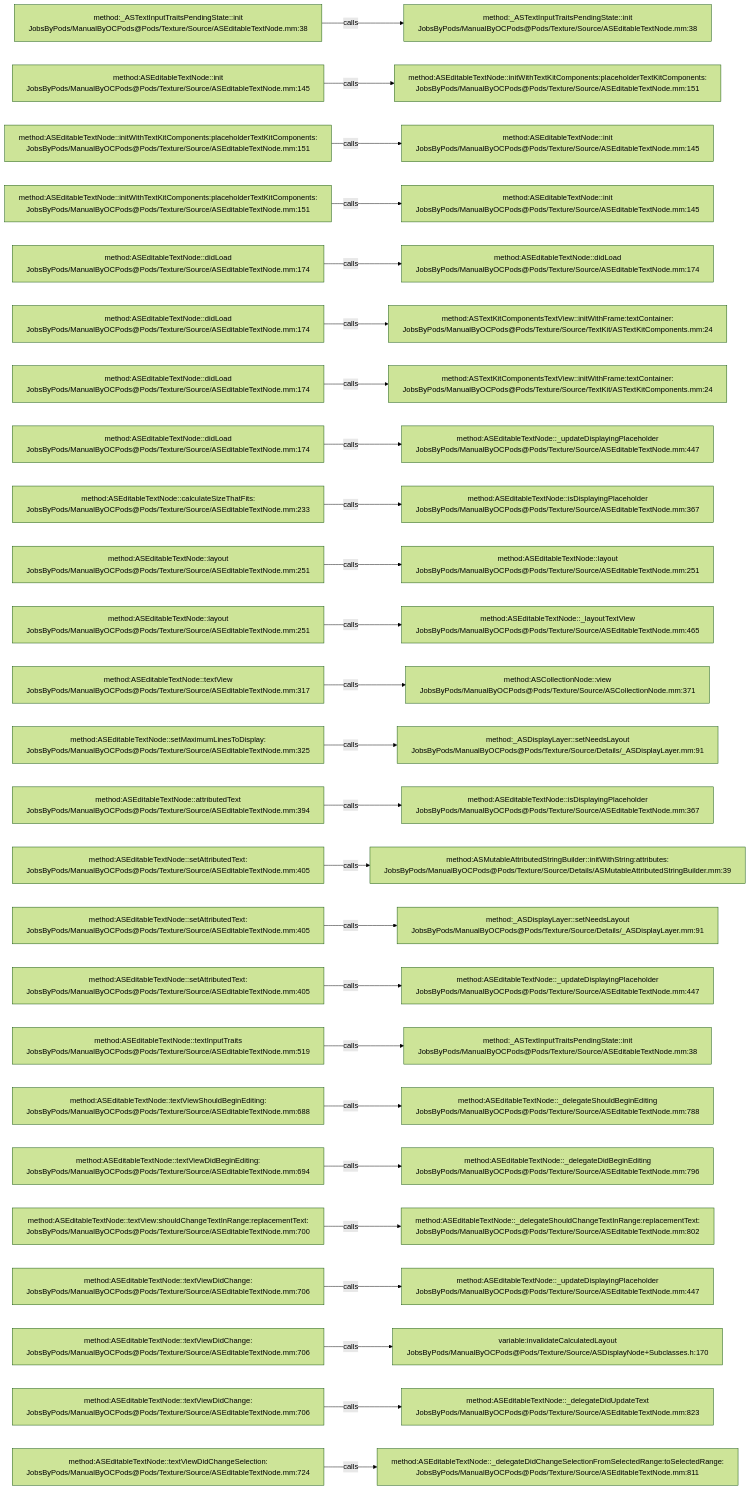
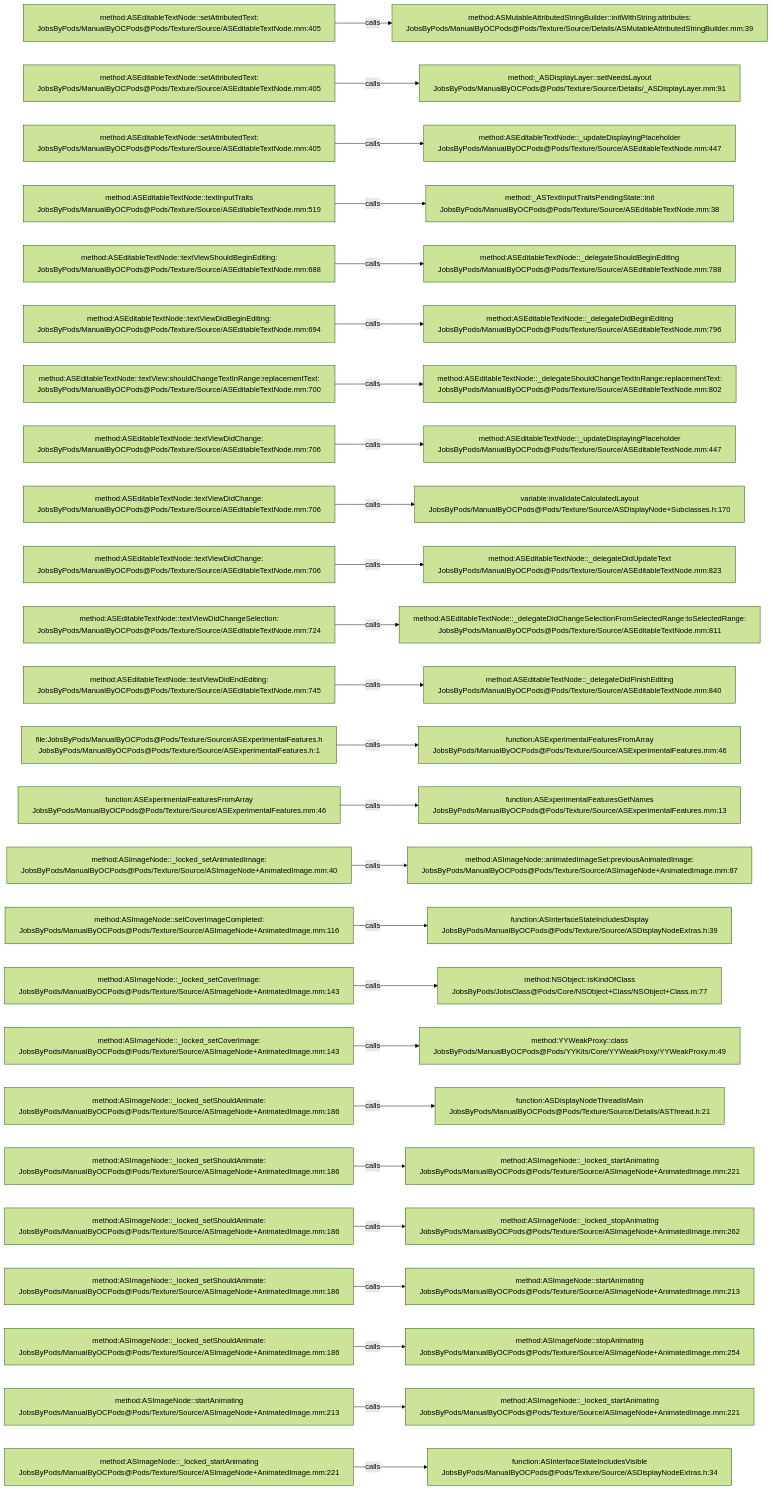
Before and after one commit to JobsKits/JobsOCBaseConfigDemo: the diagram in .codegraph/codegraph.md/graphs/calls-109.md, drawn with Mermaid (forest theme). The commit also changed 296 other files, not shown here.

````diff
--- a/.codegraph/codegraph.md/graphs/calls-109.md
+++ b/.codegraph/codegraph.md/graphs/calls-109.md
@@ -13,78 +13,78 @@
 ```mermaid
 flowchart LR
-  S1["method:_ASTextInputTraitsPendingState::init<br/>JobsByPods/ManualByOCPods@Pods/Texture/Source/ASEditableTextNode.mm:38"]
-  T1["method:_ASTextInputTraitsPendingState::init<br/>JobsByPods/ManualByOCPods@Pods/Texture/Source/ASEditableTextNode.mm:38"]
+  S1["method:ASEditableTextNode::setAttributedText:<br/>JobsByPods/ManualByOCPods@Pods/Texture/Source/ASEditableTextNode.mm:405"]
+  T1["method:ASMutableAttributedStringBuilder::initWithString:attributes:<br/>JobsByPods/ManualByOCPods@Pods/Texture/Source/Details/ASMutableAttributedStringBuilder.mm:39"]
   S1 -->|calls| T1
-  S2["method:ASEditableTextNode::init<br/>JobsByPods/ManualByOCPods@Pods/Texture/Source/ASEditableTextNode.mm:145"]
-  T2["method:ASEditableTextNode::initWithTextKitComponents:placeholderTextKitComponents:<br/>JobsByPods/ManualByOCPods@Pods/Texture/Source/ASEditableTextNode.mm:151"]
+  S2["method:ASEditableTextNode::setAttributedText:<br/>JobsByPods/ManualByOCPods@Pods/Texture/Source/ASEditableTextNode.mm:405"]
+  T2["method:_ASDisplayLayer::setNeedsLayout<br/>JobsByPods/ManualByOCPods@Pods/Texture/Source/Details/_ASDisplayLayer.mm:91"]
   S2 -->|calls| T2
-  S3["method:ASEditableTextNode::initWithTextKitComponents:placeholderTextKitComponents:<br/>JobsByPods/ManualByOCPods@Pods/Texture/Source/ASEditableTextNode.mm:151"]
-  T3["method:ASEditableTextNode::init<br/>JobsByPods/ManualByOCPods@Pods/Texture/Source/ASEditableTextNode.mm:145"]
+  S3["method:ASEditableTextNode::setAttributedText:<br/>JobsByPods/ManualByOCPods@Pods/Texture/Source/ASEditableTextNode.mm:405"]
+  T3["method:ASEditableTextNode::_updateDisplayingPlaceholder<br/>JobsByPods/ManualByOCPods@Pods/Texture/Source/ASEditableTextNode.mm:447"]
   S3 -->|calls| T3
-  S4["method:ASEditableTextNode::initWithTextKitComponents:placeholderTextKitComponents:<br/>JobsByPods/ManualByOCPods@Pods/Texture/Source/ASEditableTextNode.mm:151"]
-  T4["method:ASEditableTextNode::init<br/>JobsByPods/ManualByOCPods@Pods/Texture/Source/ASEditableTextNode.mm:145"]
+  S4["method:ASEditableTextNode::textInputTraits<br/>JobsByPods/ManualByOCPods@Pods/Texture/Source/ASEditableTextNode.mm:519"]
+  T4["method:_ASTextInputTraitsPendingState::init<br/>JobsByPods/ManualByOCPods@Pods/Texture/Source/ASEditableTextNode.mm:38"]
   S4 -->|calls| T4
-  S5["method:ASEditableTextNode::didLoad<br/>JobsByPods/ManualByOCPods@Pods/Texture/Source/ASEditableTextNode.mm:174"]
-  T5["method:ASEditableTextNode::didLoad<br/>JobsByPods/ManualByOCPods@Pods/Texture/Source/ASEditableTextNode.mm:174"]
+  S5["method:ASEditableTextNode::textViewShouldBeginEditing:<br/>JobsByPods/ManualByOCPods@Pods/Texture/Source/ASEditableTextNode.mm:688"]
+  T5["method:ASEditableTextNode::_delegateShouldBeginEditing<br/>JobsByPods/ManualByOCPods@Pods/Texture/Source/ASEditableTextNode.mm:788"]
   S5 -->|calls| T5
-  S6["method:ASEditableTextNode::didLoad<br/>JobsByPods/ManualByOCPods@Pods/Texture/Source/ASEditableTextNode.mm:174"]
-  T6["method:ASTextKitComponentsTextView::initWithFrame:textContainer:<br/>JobsByPods/ManualByOCPods@Pods/Texture/Source/TextKit/ASTextKitComponents.mm:24"]
+  S6["method:ASEditableTextNode::textViewDidBeginEditing:<br/>JobsByPods/ManualByOCPods@Pods/Texture/Source/ASEditableTextNode.mm:694"]
+  T6["method:ASEditableTextNode::_delegateDidBeginEditing<br/>JobsByPods/ManualByOCPods@Pods/Texture/Source/ASEditableTextNode.mm:796"]
   S6 -->|calls| T6
-  S7["method:ASEditableTextNode::didLoad<br/>JobsByPods/ManualByOCPods@Pods/Texture/Source/ASEditableTextNode.mm:174"]
-  T7["method:ASTextKitComponentsTextView::initWithFrame:textContainer:<br/>JobsByPods/ManualByOCPods@Pods/Texture/Source/TextKit/ASTextKitComponents.mm:24"]
+  S7["method:ASEditableTextNode::textView:shouldChangeTextInRange:replacementText:<br/>JobsByPods/ManualByOCPods@Pods/Texture/Source/ASEditableTextNode.mm:700"]
+  T7["method:ASEditableTextNode::_delegateShouldChangeTextInRange:replacementText:<br/>JobsByPods/ManualByOCPods@Pods/Texture/Source/ASEditableTextNode.mm:802"]
   S7 -->|calls| T7
-  S8["method:ASEditableTextNode::didLoad<br/>JobsByPods/ManualByOCPods@Pods/Texture/Source/ASEditableTextNode.mm:174"]
+  S8["method:ASEditableTextNode::textViewDidChange:<br/>JobsByPods/ManualByOCPods@Pods/Texture/Source/ASEditableTextNode.mm:706"]
   T8["method:ASEditableTextNode::_updateDisplayingPlaceholder<br/>JobsByPods/ManualByOCPods@Pods/Texture/Source/ASEditableTextNode.mm:447"]
   S8 -->|calls| T8
-  S9["method:ASEditableTextNode::calculateSizeThatFits:<br/>JobsByPods/ManualByOCPods@Pods/Texture/Source/ASEditableTextNode.mm:233"]
-  T9["method:ASEditableTextNode::isDisplayingPlaceholder<br/>JobsByPods/ManualByOCPods@Pods/Texture/Source/ASEditableTextNode.mm:367"]
+  S9["method:ASEditableTextNode::textViewDidChange:<br/>JobsByPods/ManualByOCPods@Pods/Texture/Source/ASEditableTextNode.mm:706"]
+  T9["variable:invalidateCalculatedLayout<br/>JobsByPods/ManualByOCPods@Pods/Texture/Source/ASDisplayNode+Subclasses.h:170"]
   S9 -->|calls| T9
-  S10["method:ASEditableTextNode::layout<br/>JobsByPods/ManualByOCPods@Pods/Texture/Source/ASEditableTextNode.mm:251"]
-  T10["method:ASEditableTextNode::layout<br/>JobsByPods/ManualByOCPods@Pods/Texture/Source/ASEditableTextNode.mm:251"]
+  S10["method:ASEditableTextNode::textViewDidChange:<br/>JobsByPods/ManualByOCPods@Pods/Texture/Source/ASEditableTextNode.mm:706"]
+  T10["method:ASEditableTextNode::_delegateDidUpdateText<br/>JobsByPods/ManualByOCPods@Pods/Texture/Source/ASEditableTextNode.mm:823"]
   S10 -->|calls| T10
-  S11["method:ASEditableTextNode::layout<br/>JobsByPods/ManualByOCPods@Pods/Texture/Source/ASEditableTextNode.mm:251"]
-  T11["method:ASEditableTextNode::_layoutTextView<br/>JobsByPods/ManualByOCPods@Pods/Texture/Source/ASEditableTextNode.mm:465"]
+  S11["method:ASEditableTextNode::textViewDidChangeSelection:<br/>JobsByPods/ManualByOCPods@Pods/Texture/Source/ASEditableTextNode.mm:724"]
+  T11["method:ASEditableTextNode::_delegateDidChangeSelectionFromSelectedRange:toSelectedRange:<br/>JobsByPods/ManualByOCPods@Pods/Texture/Source/ASEditableTextNode.mm:811"]
   S11 -->|calls| T11
-  S12["method:ASEditableTextNode::textView<br/>JobsByPods/ManualByOCPods@Pods/Texture/Source/ASEditableTextNode.mm:317"]
-  T12["method:ASCollectionNode::view<br/>JobsByPods/ManualByOCPods@Pods/Texture/Source/ASCollectionNode.mm:371"]
+  S12["method:ASEditableTextNode::textViewDidEndEditing:<br/>JobsByPods/ManualByOCPods@Pods/Texture/Source/ASEditableTextNode.mm:745"]
+  T12["method:ASEditableTextNode::_delegateDidFinishEditing<br/>JobsByPods/ManualByOCPods@Pods/Texture/Source/ASEditableTextNode.mm:840"]
   S12 -->|calls| T12
-  S13["method:ASEditableTextNode::setMaximumLinesToDisplay:<br/>JobsByPods/ManualByOCPods@Pods/Texture/Source/ASEditableTextNode.mm:325"]
-  T13["method:_ASDisplayLayer::setNeedsLayout<br/>JobsByPods/ManualByOCPods@Pods/Texture/Source/Details/_ASDisplayLayer.mm:91"]
+  S13["file:JobsByPods/ManualByOCPods@Pods/Texture/Source/ASExperimentalFeatures.h<br/>JobsByPods/ManualByOCPods@Pods/Texture/Source/ASExperimentalFeatures.h:1"]
+  T13["function:ASExperimentalFeaturesFromArray<br/>JobsByPods/ManualByOCPods@Pods/Texture/Source/ASExperimentalFeatures.mm:46"]
   S13 -->|calls| T13
-  S14["method:ASEditableTextNode::attributedText<br/>JobsByPods/ManualByOCPods@Pods/Texture/Source/ASEditableTextNode.mm:394"]
-  T14["method:ASEditableTextNode::isDisplayingPlaceholder<br/>JobsByPods/ManualByOCPods@Pods/Texture/Source/ASEditableTextNode.mm:367"]
+  S14["function:ASExperimentalFeaturesFromArray<br/>JobsByPods/ManualByOCPods@Pods/Texture/Source/ASExperimentalFeatures.mm:46"]
+  T14["function:ASExperimentalFeaturesGetNames<br/>JobsByPods/ManualByOCPods@Pods/Texture/Source/ASExperimentalFeatures.mm:13"]
   S14 -->|calls| T14
-  S15["method:ASEditableTextNode::setAttributedText:<br/>JobsByPods/ManualByOCPods@Pods/Texture/Source/ASEditableTextNode.mm:405"]
-  T15["method:ASMutableAttributedStringBuilder::initWithString:attributes:<br/>JobsByPods/ManualByOCPods@Pods/Texture/Source/Details/ASMutableAttributedStringBuilder.mm:39"]
+  S15["method:ASImageNode::_locked_setAnimatedImage:<br/>JobsByPods/ManualByOCPods@Pods/Texture/Source/ASImageNode+AnimatedImage.mm:40"]
+  T15["method:ASImageNode::animatedImageSet:previousAnimatedImage:<br/>JobsByPods/ManualByOCPods@Pods/Texture/Source/ASImageNode+AnimatedImage.mm:87"]
   S15 -->|calls| T15
-  S16["method:ASEditableTextNode::setAttributedText:<br/>JobsByPods/ManualByOCPods@Pods/Texture/Source/ASEditableTextNode.mm:405"]
-  T16["method:_ASDisplayLayer::setNeedsLayout<br/>JobsByPods/ManualByOCPods@Pods/Texture/Source/Details/_ASDisplayLayer.mm:91"]
+  S16["method:ASImageNode::setCoverImageCompleted:<br/>JobsByPods/ManualByOCPods@Pods/Texture/Source/ASImageNode+AnimatedImage.mm:116"]
+  T16["function:ASInterfaceStateIncludesDisplay<br/>JobsByPods/ManualByOCPods@Pods/Texture/Source/ASDisplayNodeExtras.h:39"]
   S16 -->|calls| T16
-  S17["method:ASEditableTextNode::setAttributedText:<br/>JobsByPods/ManualByOCPods@Pods/Texture/Source/ASEditableTextNode.mm:405"]
-  T17["method:ASEditableTextNode::_updateDisplayingPlaceholder<br/>JobsByPods/ManualByOCPods@Pods/Texture/Source/ASEditableTextNode.mm:447"]
+  S17["method:ASImageNode::_locked_setCoverImage:<br/>JobsByPods/ManualByOCPods@Pods/Texture/Source/ASImageNode+AnimatedImage.mm:143"]
+  T17["method:NSObject::isKindOfClass<br/>JobsByPods/JobsClass@Pods/Core/NSObject+Class/NSObject+Class.m:77"]
   S17 -->|calls| T17
-  S18["method:ASEditableTextNode::textInputTraits<br/>JobsByPods/ManualByOCPods@Pods/Texture/Source/ASEditableTextNode.mm:519"]
-  T18["method:_ASTextInputTraitsPendingState::init<br/>JobsByPods/ManualByOCPods@Pods/Texture/Source/ASEditableTextNode.mm:38"]
+  S18["method:ASImageNode::_locked_setCoverImage:<br/>JobsByPods/ManualByOCPods@Pods/Texture/Source/ASImageNode+AnimatedImage.mm:143"]
+  T18["method:YYWeakProxy::class<br/>JobsByPods/ManualByOCPods@Pods/YYKits/Core/YYWeakProxy/YYWeakProxy.m:49"]
   S18 -->|calls| T18
-  S19["method:ASEditableTextNode::textViewShouldBeginEditing:<br/>JobsByPods/ManualByOCPods@Pods/Texture/Source/ASEditableTextNode.mm:688"]
-  T19["method:ASEditableTextNode::_delegateShouldBeginEditing<br/>JobsByPods/ManualByOCPods@Pods/Texture/Source/ASEditableTextNode.mm:788"]
+  S19["method:ASImageNode::_locked_setShouldAnimate:<br/>JobsByPods/ManualByOCPods@Pods/Texture/Source/ASImageNode+AnimatedImage.mm:186"]
+  T19["function:ASDisplayNodeThreadIsMain<br/>JobsByPods/ManualByOCPods@Pods/Texture/Source/Details/ASThread.h:21"]
   S19 -->|calls| T19
-  S20["method:ASEditableTextNode::textViewDidBeginEditing:<br/>JobsByPods/ManualByOCPods@Pods/Texture/Source/ASEditableTextNode.mm:694"]
-  T20["method:ASEditableTextNode::_delegateDidBeginEditing<br/>JobsByPods/ManualByOCPods@Pods/Texture/Source/ASEditableTextNode.mm:796"]
+  S20["method:ASImageNode::_locked_setShouldAnimate:<br/>JobsByPods/ManualByOCPods@Pods/Texture/Source/ASImageNode+AnimatedImage.mm:186"]
+  T20["method:ASImageNode::_locked_startAnimating<br/>JobsByPods/ManualByOCPods@Pods/Texture/Source/ASImageNode+AnimatedImage.mm:221"]
   S20 -->|calls| T20
-  S21["method:ASEditableTextNode::textView:shouldChangeTextInRange:replacementText:<br/>JobsByPods/ManualByOCPods@Pods/Texture/Source/ASEditableTextNode.mm:700"]
-  T21["method:ASEditableTextNode::_delegateShouldChangeTextInRange:replacementText:<br/>JobsByPods/ManualByOCPods@Pods/Texture/Source/ASEditableTextNode.mm:802"]
+  S21["method:ASImageNode::_locked_setShouldAnimate:<br/>JobsByPods/ManualByOCPods@Pods/Texture/Source/ASImageNode+AnimatedImage.mm:186"]
+  T21["method:ASImageNode::_locked_stopAnimating<br/>JobsByPods/ManualByOCPods@Pods/Texture/Source/ASImageNode+AnimatedImage.mm:262"]
   S21 -->|calls| T21
-  S22["method:ASEditableTextNode::textViewDidChange:<br/>JobsByPods/ManualByOCPods@Pods/Texture/Source/ASEditableTextNode.mm:706"]
-  T22["method:ASEditableTextNode::_updateDisplayingPlaceholder<br/>JobsByPods/ManualByOCPods@Pods/Texture/Source/ASEditableTextNode.mm:447"]
+  S22["method:ASImageNode::_locked_setShouldAnimate:<br/>JobsByPods/ManualByOCPods@Pods/Texture/Source/ASImageNode+AnimatedImage.mm:186"]
+  T22["method:ASImageNode::startAnimating<br/>JobsByPods/ManualByOCPods@Pods/Texture/Source/ASImageNode+AnimatedImage.mm:213"]
   S22 -->|calls| T22
-  S23["method:ASEditableTextNode::textViewDidChange:<br/>JobsByPods/ManualByOCPods@Pods/Texture/Source/ASEditableTextNode.mm:706"]
-  T23["variable:invalidateCalculatedLayout<br/>JobsByPods/ManualByOCPods@Pods/Texture/Source/ASDisplayNode+Subclasses.h:170"]
+  S23["method:ASImageNode::_locked_setShouldAnimate:<br/>JobsByPods/ManualByOCPods@Pods/Texture/Source/ASImageNode+AnimatedImage.mm:186"]
+  T23["method:ASImageNode::stopAnimating<br/>JobsByPods/ManualByOCPods@Pods/Texture/Source/ASImageNode+AnimatedImage.mm:254"]
   S23 -->|calls| T23
-  S24["method:ASEditableTextNode::textViewDidChange:<br/>JobsByPods/ManualByOCPods@Pods/Texture/Source/ASEditableTextNode.mm:706"]
-  T24["method:ASEditableTextNode::_delegateDidUpdateText<br/>JobsByPods/ManualByOCPods@Pods/Texture/Source/ASEditableTextNode.mm:823"]
+  S24["method:ASImageNode::startAnimating<br/>JobsByPods/ManualByOCPods@Pods/Texture/Source/ASImageNode+AnimatedImage.mm:213"]
+  T24["method:ASImageNode::_locked_startAnimating<br/>JobsByPods/ManualByOCPods@Pods/Texture/Source/ASImageNode+AnimatedImage.mm:221"]
   S24 -->|calls| T24
-  S25["method:ASEditableTextNode::textViewDidChangeSelection:<br/>JobsByPods/ManualByOCPods@Pods/Texture/Source/ASEditableTextNode.mm:724"]
-  T25["method:ASEditableTextNode::_delegateDidChangeSelectionFromSelectedRange:toSelectedRange:<br/>JobsByPods/ManualByOCPods@Pods/Texture/Source/ASEditableTextNode.mm:811"]
+  S25["method:ASImageNode::_locked_startAnimating<br/>JobsByPods/ManualByOCPods@Pods/Texture/Source/ASImageNode+AnimatedImage.mm:221"]
+  T25["function:ASInterfaceStateIncludesVisible<br/>JobsByPods/ManualByOCPods@Pods/Texture/Source/ASDisplayNodeExtras.h:34"]
   S25 -->|calls| T25
 ```
````
